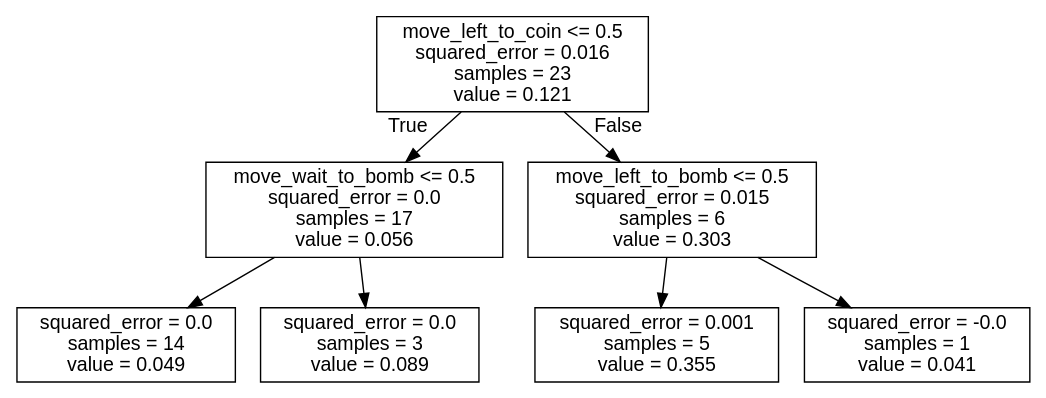
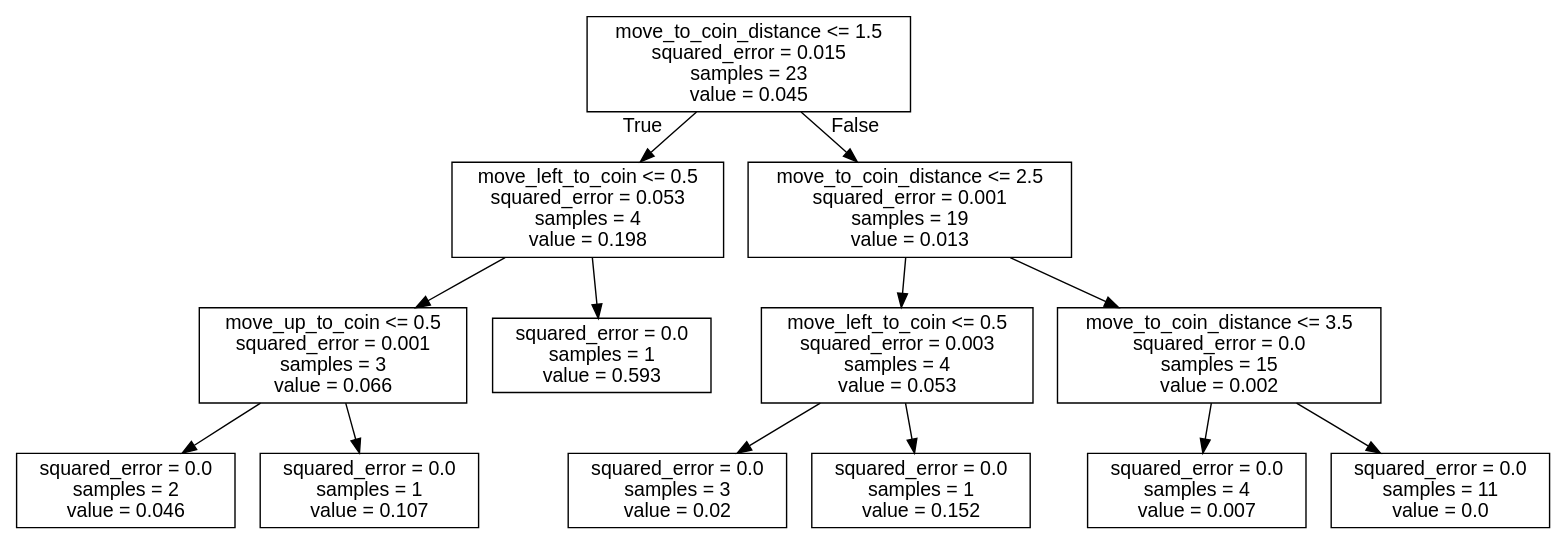
The diagram in bomberman_rl/agent_code/my_agent/trees/LEFT.dot (J-Gann/FML), drawn with Graphviz before and after one commit. The commit also changed 10 other files, not shown here.

```diff
--- a/bomberman_rl/agent_code/my_agent/trees/LEFT.dot
+++ b/bomberman_rl/agent_code/my_agent/trees/LEFT.dot
@@ -1,17 +1,29 @@
 digraph Tree {
 node [shape=box, fontname="helvetica"] ;
 edge [fontname="helvetica"] ;
-0 [label="move_left_to_coin <= 0.5\nsquared_error = 0.016\nsamples = 23\nvalue = 0.121"] ;
-1 [label="move_wait_to_bomb <= 0.5\nsquared_error = 0.0\nsamples = 17\nvalue = 0.056"] ;
+0 [label="move_to_coin_distance <= 1.5\nsquared_error = 0.015\nsamples = 23\nvalue = 0.045"] ;
+1 [label="move_left_to_coin <= 0.5\nsquared_error = 0.053\nsamples = 4\nvalue = 0.198"] ;
 0 -> 1 [labeldistance=2.5, labelangle=45, headlabel="True"] ;
-2 [label="squared_error = 0.0\nsamples = 14\nvalue = 0.049"] ;
+2 [label="move_up_to_coin <= 0.5\nsquared_error = 0.001\nsamples = 3\nvalue = 0.066"] ;
 1 -> 2 ;
-3 [label="squared_error = 0.0\nsamples = 3\nvalue = 0.089"] ;
-1 -> 3 ;
-4 [label="move_left_to_bomb <= 0.5\nsquared_error = 0.015\nsamples = 6\nvalue = 0.303"] ;
-0 -> 4 [labeldistance=2.5, labelangle=-45, headlabel="False"] ;
-5 [label="squared_error = 0.001\nsamples = 5\nvalue = 0.355"] ;
-4 -> 5 ;
-6 [label="squared_error = -0.0\nsamples = 1\nvalue = 0.041"] ;
-4 -> 6 ;
+3 [label="squared_error = 0.0\nsamples = 2\nvalue = 0.046"] ;
+2 -> 3 ;
+4 [label="squared_error = 0.0\nsamples = 1\nvalue = 0.107"] ;
+2 -> 4 ;
+5 [label="squared_error = 0.0\nsamples = 1\nvalue = 0.593"] ;
+1 -> 5 ;
+6 [label="move_to_coin_distance <= 2.5\nsquared_error = 0.001\nsamples = 19\nvalue = 0.013"] ;
+0 -> 6 [labeldistance=2.5, labelangle=-45, headlabel="False"] ;
+7 [label="move_left_to_coin <= 0.5\nsquared_error = 0.003\nsamples = 4\nvalue = 0.053"] ;
+6 -> 7 ;
+8 [label="squared_error = 0.0\nsamples = 3\nvalue = 0.02"] ;
+7 -> 8 ;
+9 [label="squared_error = 0.0\nsamples = 1\nvalue = 0.152"] ;
+7 -> 9 ;
+10 [label="move_to_coin_distance <= 3.5\nsquared_error = 0.0\nsamples = 15\nvalue = 0.002"] ;
+6 -> 10 ;
+11 [label="squared_error = 0.0\nsamples = 4\nvalue = 0.007"] ;
+10 -> 11 ;
+12 [label="squared_error = 0.0\nsamples = 11\nvalue = 0.0"] ;
+10 -> 12 ;
 }
```
